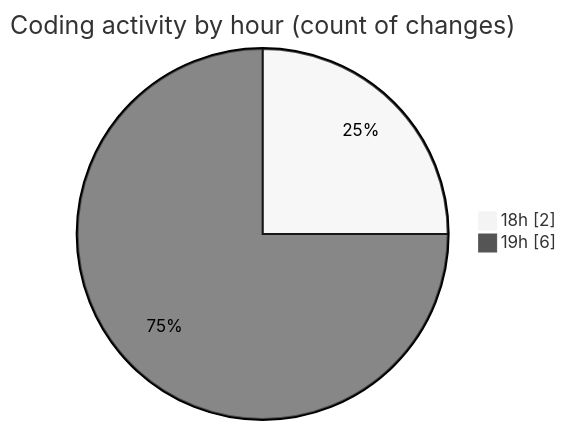
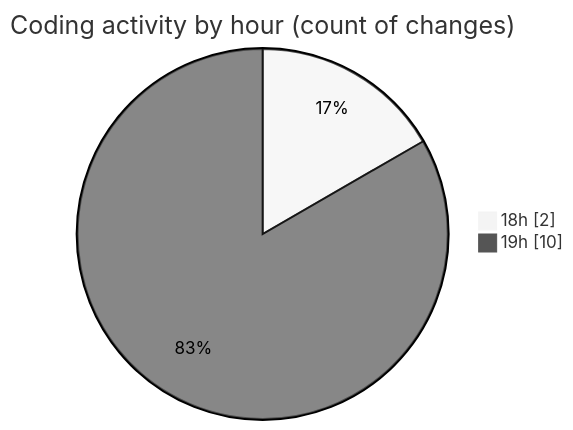
The second of 2 diagrams in 2026-02-08/fondamentals/README.md (hasnaa123/code-tracking), drawn with Mermaid (neutral theme) before and after one commit. The commit also changed other lines of this file and 1 other file, not shown here.

````diff
--- a/2026-02-08/fondamentals/README.md
+++ b/2026-02-08/fondamentals/README.md
@@ -31,6 +32,6 @@
 ```mermaid
 pie showData
 title Coding activity by hour (count of changes)
 "18h" : 2
-"19h" : 6
+"19h" : 10
 ```
````
